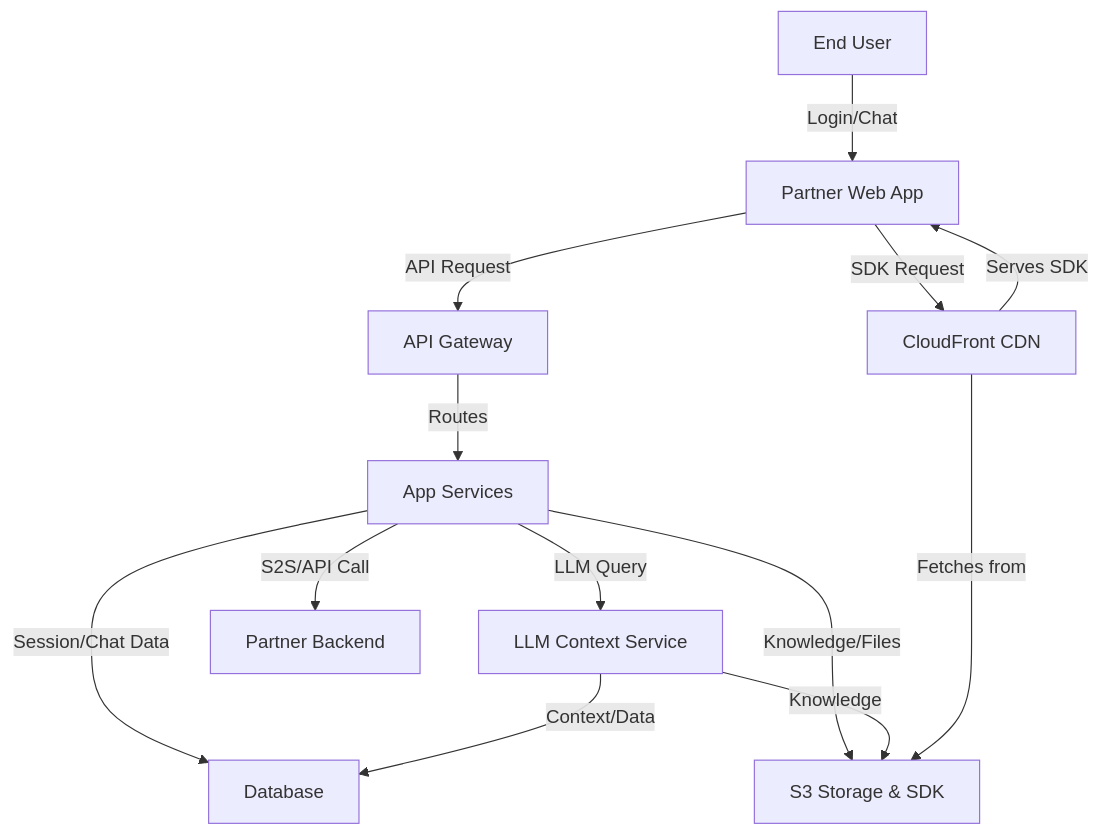
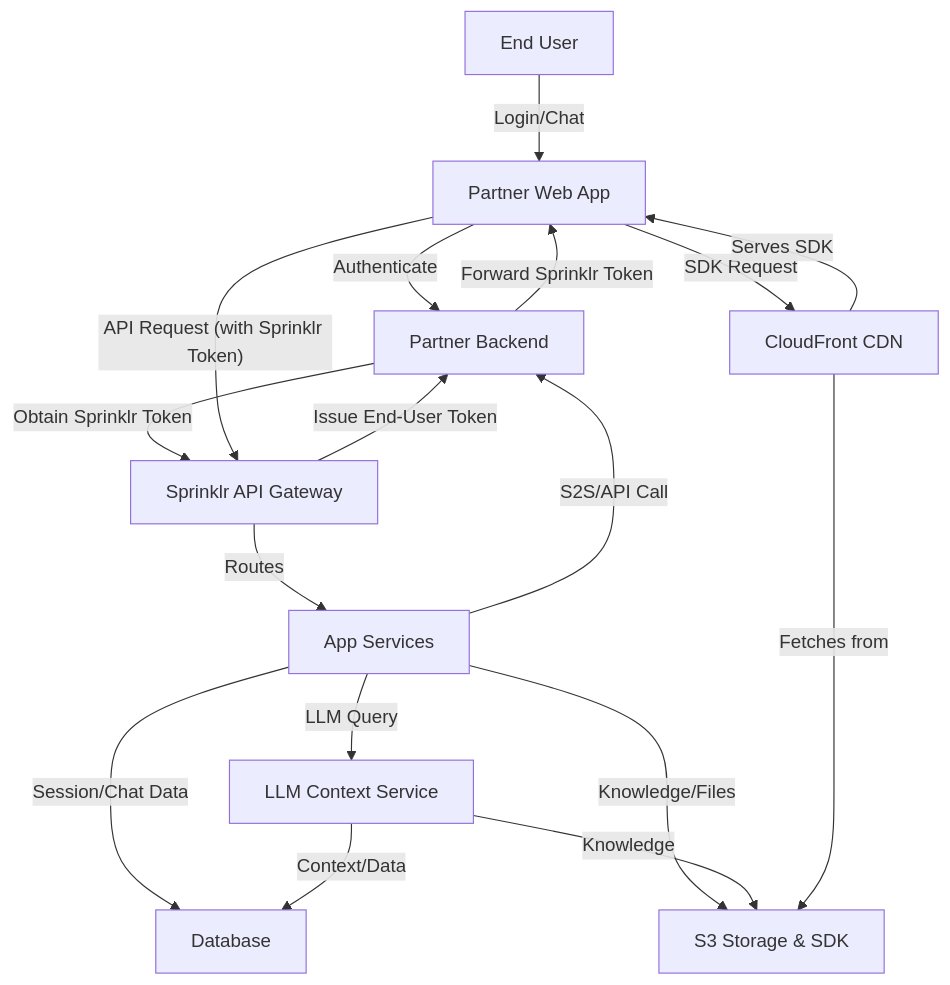
One commit to studiogangster/task-threat-model-realtime-livechat changed the diagram in docs/2. Secure Architecture/data_flows.md. Above: the diagram before and after it, drawn with Mermaid. The commit also changed other lines of this file and 3 other files, not shown here.

````diff
--- a/docs/2. Secure Architecture/data_flows.md
+++ b/docs/2. Secure Architecture/data_flows.md
@@ -5,25 +5,29 @@
 ```mermaid
 flowchart TD
   EU["End User"]
   PWA["Partner Web App"]
-  AGW["API Gateway"]
+  PB["Partner Backend"]
+  AGW["Sprinklr API Gateway"]
   ECS["App Services"]
   LLM["LLM Context Service"]
   RDS["Database"]
   S3["S3 Storage & SDK"]
   CF["CloudFront CDN"]
-  PB["Partner Backend"]
 
   EU -- "Login/Chat" --> PWA
-  PWA -- "API Request" --> AGW
+  PWA -- "Authenticate" --> PB
+  PB -- "Obtain Sprinklr Token" --> AGW
+  AGW -- "Issue End-User Token" --> PB
+  PB -- "Forward Sprinklr Token" --> PWA
+  PWA -- "API Request (with Sprinklr Token)" --> AGW
   AGW -- "Routes" --> ECS
   ECS -- "Session/Chat Data" --> RDS
   ECS -- "Knowledge/Files" --> S3
   ECS -- "LLM Query" --> LLM
   LLM -- "Context/Data" --> RDS
   LLM -- "Knowledge" --> S3
   ECS -- "S2S/API Call" --> PB
   PWA -- "SDK Request" --> CF
   CF -- "Serves SDK" --> PWA
   CF -- "Fetches from" --> S3
 ```
````
